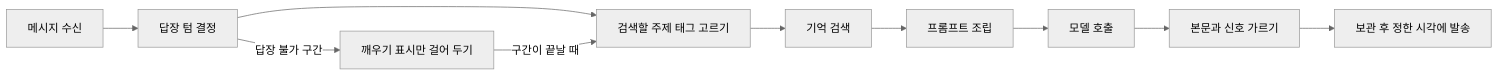
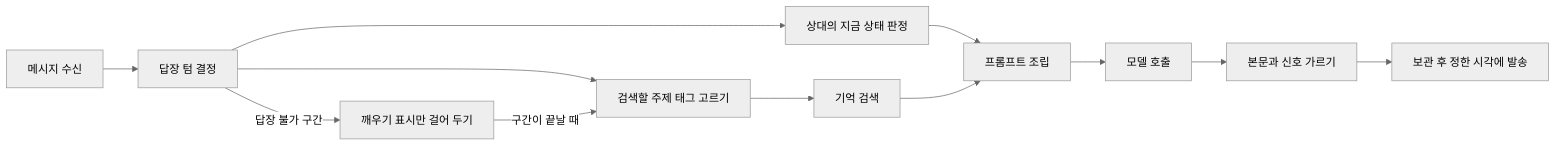
One commit to hyewon3938/random-ai-companion changed the second of 5 diagrams in modules.md. Above: the diagram before and after it, drawn with Mermaid (neutral theme). The commit also changed other lines of this file and 5 other files, not shown here.

````diff
--- a/modules.md
+++ b/modules.md
@@ -26,12 +26,14 @@
 ```mermaid
 flowchart LR
     IN["메시지 수신"] --> TIMING["답장 텀 결정"]
     TIMING --> TAG["검색할 주제 태그 고르기"]
+    TIMING --> STATE["상대의 지금 상태 판정"]
     TAG --> MEM["기억 검색"]
+    STATE --> CTX
     MEM --> CTX["프롬프트 조립"]
     CTX --> LLM["모델 호출"]
     LLM --> SIG["본문과 신호 가르기"]
     SIG --> PEND["보관 후 정한 시각에 발송"]
     TIMING -->|"답장 불가 구간"| WAKE["깨우기 표시만 걸어 두기"]
     WAKE -->|"구간이 끝날 때"| TAG
 ```
````
